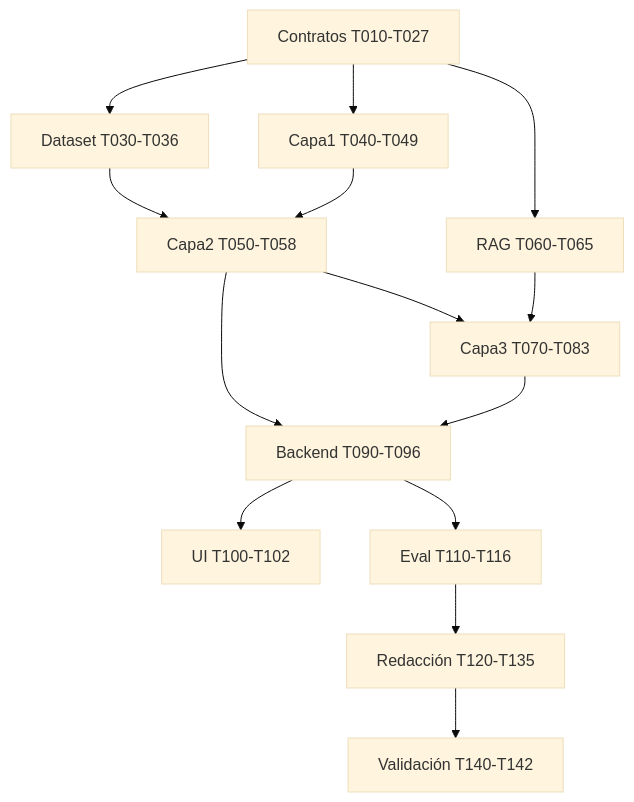
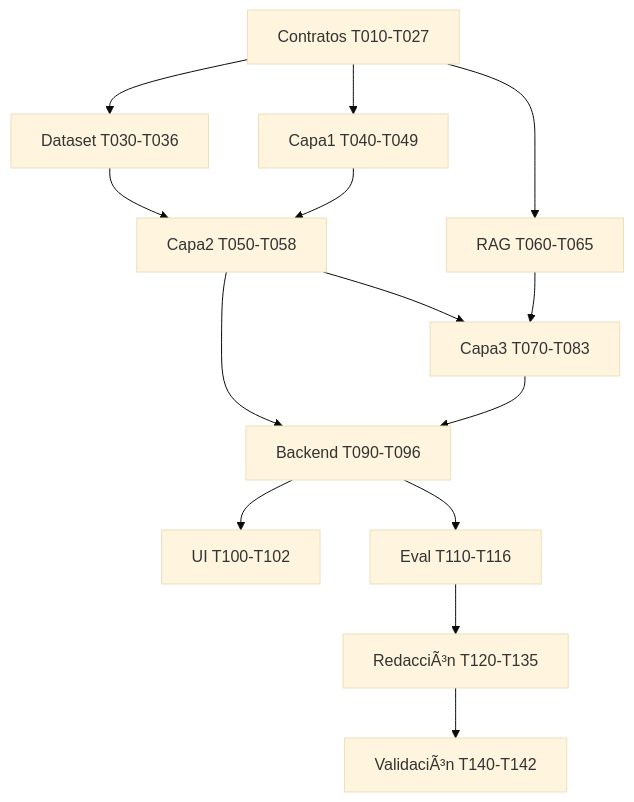
One commit to jalbfil/tfe_muia_unir_188 changed the diagram in specs/001-priorizacion-112-cyl/tasks.md. Above: the diagram before and after it, drawn with Mermaid (base theme). The commit also changed other lines of this file and 26 other files, not shown here.

````diff
--- a/specs/001-priorizacion-112-cyl/tasks.md
+++ b/specs/001-priorizacion-112-cyl/tasks.md
@@ -166,16 +166,16 @@
 ```mermaid
 graph TD
     T010[Contratos T010-T027] --> T030[Dataset T030-T036]
     T010 --> T040[Capa1 T040-T049]
     T030 --> T050[Capa2 T050-T058]
     T040 --> T050
     T010 --> T060[RAG T060-T065]
     T050 --> T070[Capa3 T070-T083]
     T060 --> T070
     T050 --> T090[Backend T090-T096]
     T070 --> T090
     T090 --> T100[UI T100-T102]
     T090 --> T110[Eval T110-T116]
-    T110 --> T120[Redacción T120-T135]
-    T120 --> T140[Validación T140-T142]
+    T110 --> T120[RedacciÃ³n T120-T135]
+    T120 --> T140[ValidaciÃ³n T140-T142]
 ```
````
